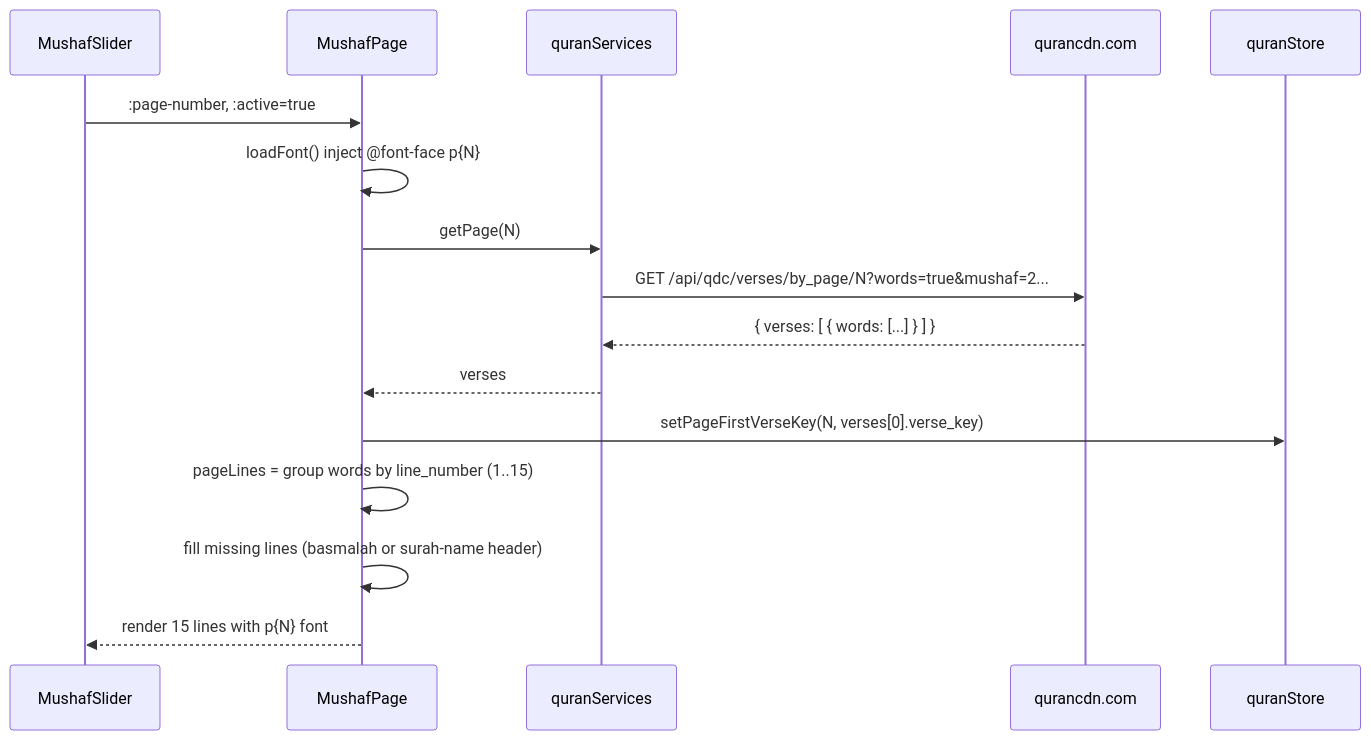
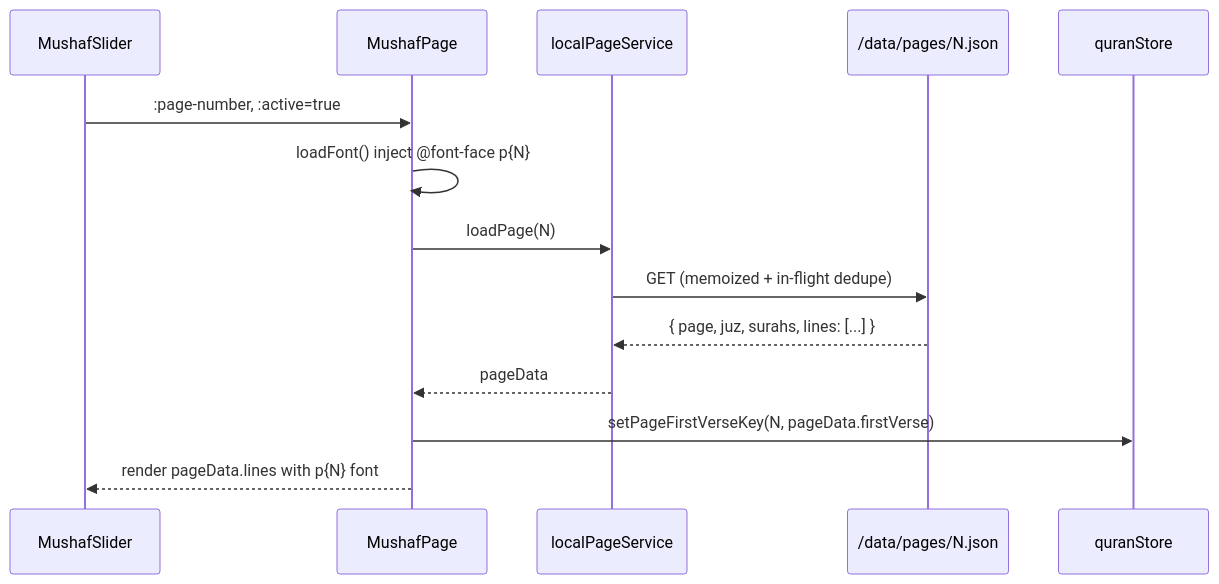
The second of 3 diagrams in docs/ARCHITECTURE.md (saadamamss/quran-app), drawn with Mermaid before and after one commit. The commit also changed other lines of this file and 19 other files, not shown here.

First line of the commit message:
Render Mushaf pages from the local dataset

````diff
--- a/docs/ARCHITECTURE.md
+++ b/docs/ARCHITECTURE.md
@@ -69,19 +69,17 @@
 ```mermaid
 sequenceDiagram
     participant S as MushafSlider
     participant P as MushafPage
-    participant Q as quranServices
-    participant A as qurancdn.com
+    participant L as localPageService
+    participant D as /data/pages/N.json
     participant St as quranStore
 
     S->>P: :page-number, :active=true
     P->>P: loadFont() inject @font-face p{N}
-    P->>Q: getPage(N)
-    Q->>A: GET /api/qdc/verses/by_page/N?words=true&mushaf=2...
-    A-->>Q: { verses: [ { words: [...] } ] }
-    Q-->>P: verses
-    P->>St: setPageFirstVerseKey(N, verses[0].verse_key)
-    P->>P: pageLines = group words by line_number (1..15)
-    P->>P: fill missing lines (basmalah or surah-name header)
-    P-->>S: render 15 lines with p{N} font
+    P->>L: loadPage(N)
+    L->>D: GET (memoized + in-flight dedupe)
+    D-->>L: { page, juz, surahs, lines: [...] }
+    L-->>P: pageData
+    P->>St: setPageFirstVerseKey(N, pageData.firstVerse)
+    P-->>S: render pageData.lines with p{N} font
 ```
````
